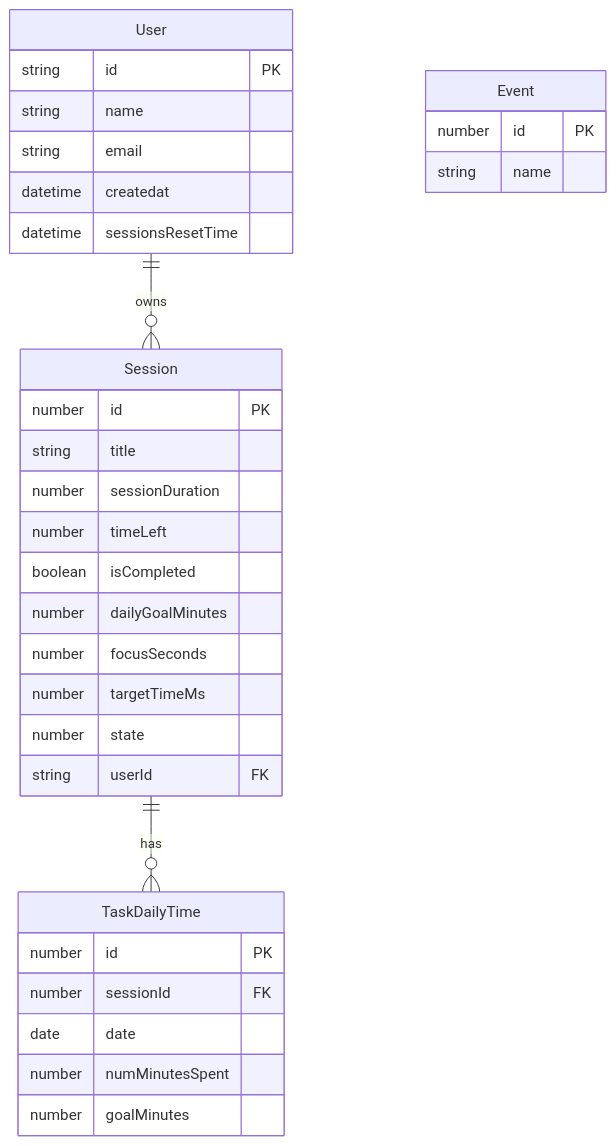
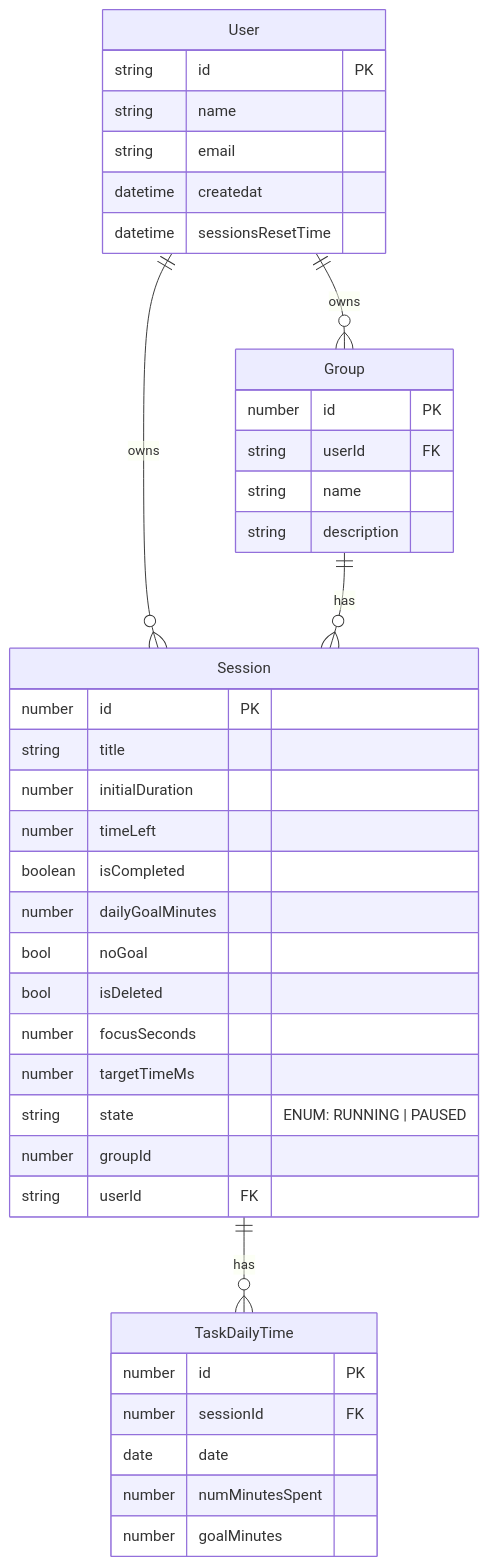
The diagram in backend/design.md (SheoranRavi/focus-flow), drawn with Mermaid before and after one commit. The commit also changed other lines of this file and 11 other files, not shown here.

````diff
--- a/backend/design.md
+++ b/backend/design.md
@@ -17,44 +17,50 @@
 ```mermaid
 ---
 Title: DB Schema
 ---
 erDiagram
 Session {
     number id PK
     string title
-    number sessionDuration
+    number initialDuration
     number timeLeft
     boolean isCompleted
     number dailyGoalMinutes
+    bool noGoal
+    bool isDeleted
     number focusSeconds
     number targetTimeMs
-    number state
+    string state "ENUM: RUNNING | PAUSED"
+    number groupId
     string userId FK
+}
+
+Group {
+  number id PK
+  string userId FK
+  string name
+  string description
 }
 
 User {
     string id PK
     string name
     string email
     datetime createdat
     datetime sessionsResetTime
 }
 
-User ||--o{ Session : owns
-
-Event {
-    number id PK
-    string name
-}
-
 TaskDailyTime {
     number id PK
     number sessionId FK
     date date
     number numMinutesSpent
     number goalMinutes
 }
 
+User ||--o{ Session : owns
 Session ||--o{ TaskDailyTime : has
+User ||--o{ Group : owns
+Group ||--o{ Session : has
 
 ```
````
